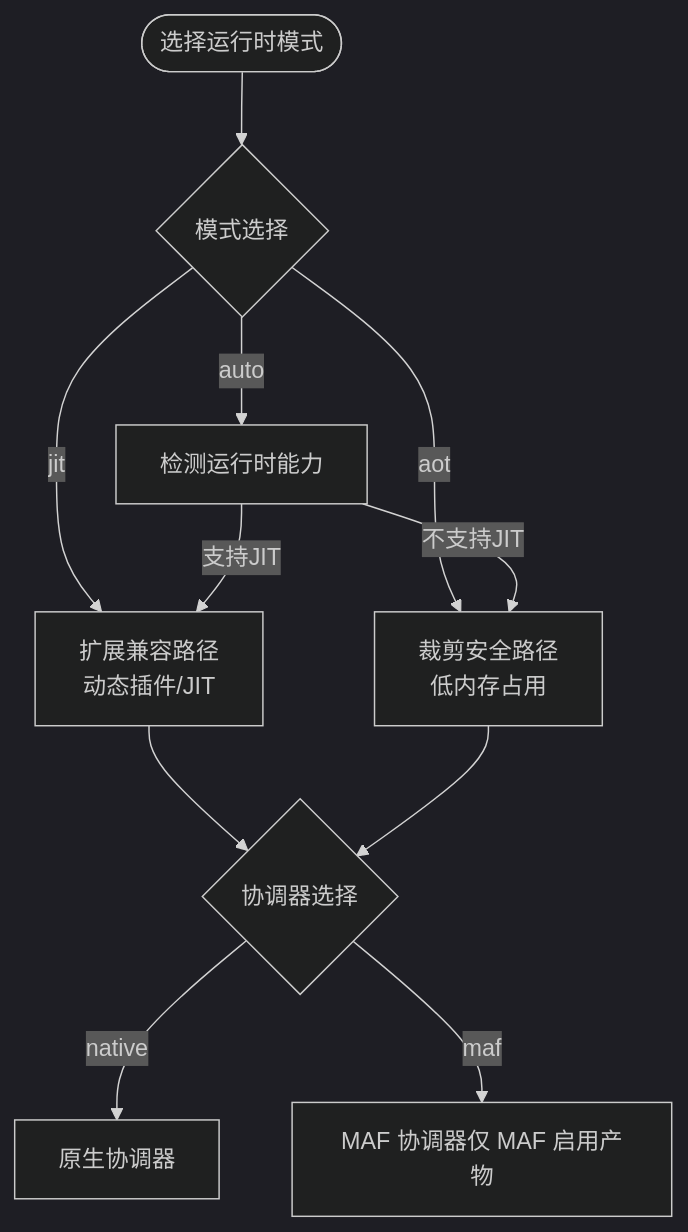
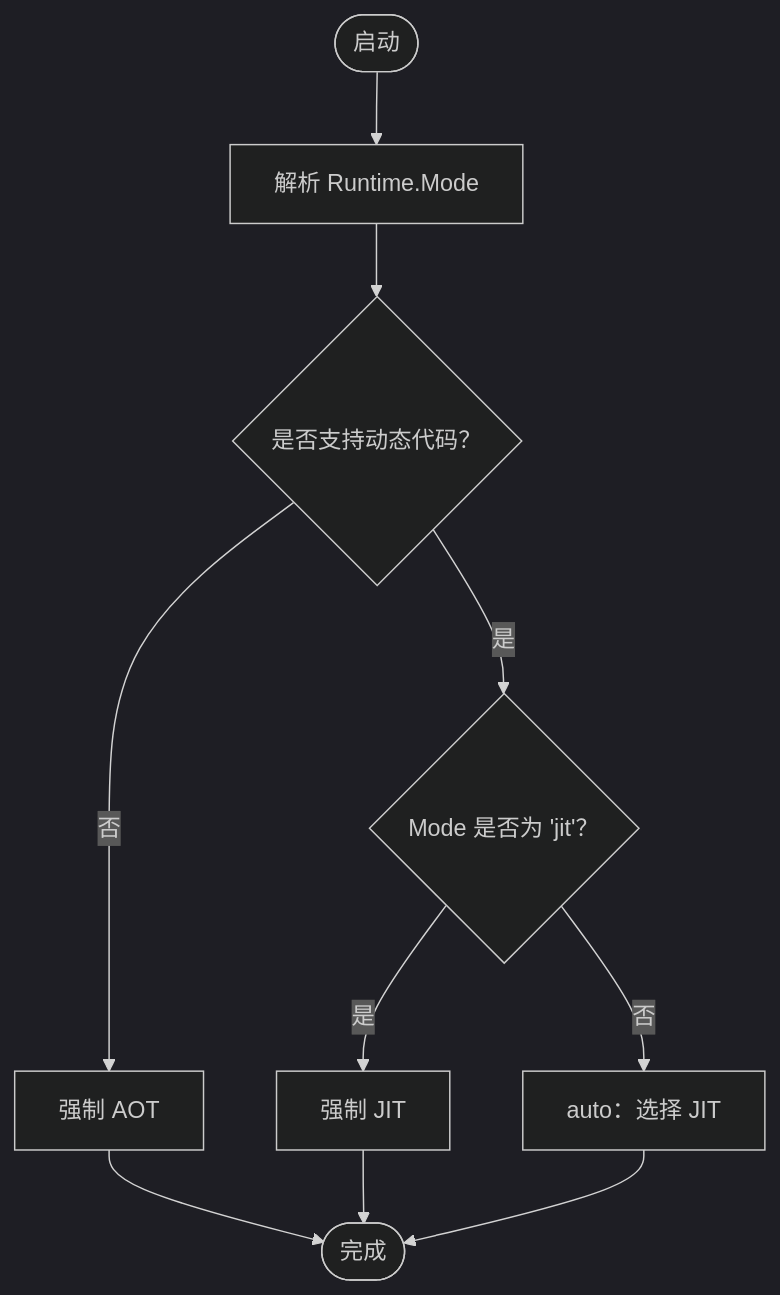
Before and after one commit to wayyet/kingcrab: the third of 7 diagrams in .qoder/repowiki/zh/content/项目概述/项目概述.md, drawn with Mermaid (dark theme). The commit also changed other lines of this file and 173 other files, not shown here.

````diff
--- a/.qoder/repowiki/zh/content/项目概述/项目概述.md
+++ b/.qoder/repowiki/zh/content/项目概述/项目概述.md
@@ -176,13 +165,12 @@
 ```mermaid
 flowchart TD
-Start(["选择运行时模式"]) --> Mode{"模式选择"}
-Mode --> |aot| AOT["裁剪安全路径<br/>低内存占用"]
-Mode --> |jit| JIT["扩展兼容路径<br/>动态插件/JIT"]
-Mode --> |auto| Detect["检测运行时能力"]
-Detect --> |支持JIT| JIT
-Detect --> |不支持JIT| AOT
-JIT --> Orchestrator{"协调器选择"}
-AOT --> Orchestrator
-Orchestrator --> |native| Native["原生协调器"]
-Orchestrator --> |maf| MAF["MAF 协调器仅 MAF 启用产物"]
+Start(["启动"]) --> Parse["解析 Runtime.Mode"]
+Parse --> CheckDyn{"是否支持动态代码？"}
+CheckDyn --> |否| ForceAot["强制 AOT"]
+CheckDyn --> |是| ModeSel{"Mode 是否为 'jit'？"}
+ModeSel --> |是| ForceJit["强制 JIT"]
+ModeSel --> |否| Auto["auto：选择 JIT"]
+ForceAot --> End(["完成"])
+ForceJit --> End
+Auto --> End
 ```
````
